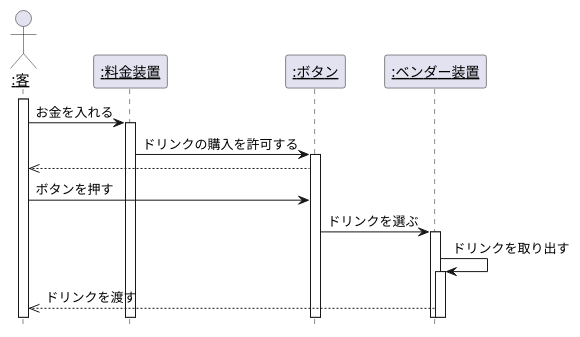
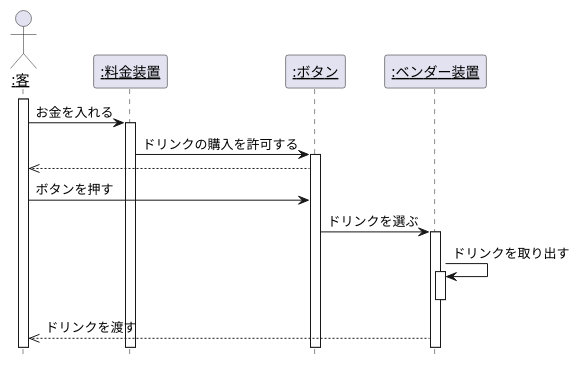
One commit to Takhshi/uml-introduction changed the diagram in 演習6-4-3_シーケンス図_自動販売機.pu. Above: the diagram before and after it, drawn with PlantUML.

Commit message:
演習6の修正

```diff
--- a/演習6-4-3_シーケンス図_自動販売機.pu
+++ b/演習6-4-3_シーケンス図_自動販売機.pu
@@ -1,21 +1,22 @@
 @startuml 演習6-4-3
 hide footbox
 Actor "<U>:客</u>" as customer
 participant "<U>:料金装置</u>" as price
 participant "<U>:ボタン</u>" as button
 participant "<U>:ベンダー装置</u>" as vendor
 
 activate customer
 customer -> price: お金を入れる
 activate  price
 price -> button : ドリンクの購入を許可する
 activate button
 button -->> customer 
 customer -> button: ボタンを押す
 button -> vendor: ドリンクを選ぶ
 activate vendor
 vendor -> vendor: ドリンクを取り出す
 activate vendor
+deactivate vendor
 vendor -->> customer: ドリンクを渡す
 
 @enduml
```
